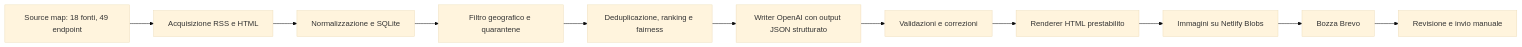
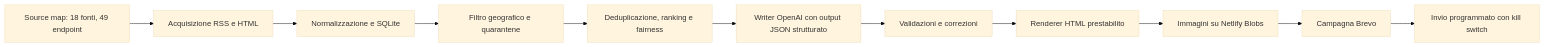
Before and after one commit to adseeker/siracusadaily: the diagram in SIRACUSADAILY_TECHNICAL.md, drawn with Mermaid (base theme). The commit also changed other lines of this file and 15 other files, not shown here.

````diff
--- a/SIRACUSADAILY_TECHNICAL.md
+++ b/SIRACUSADAILY_TECHNICAL.md
@@ -12,13 +12,13 @@
 ```mermaid
 flowchart LR
     A["Source map: 18 fonti, 49 endpoint"] --> B["Acquisizione RSS e HTML"]
     B --> C["Normalizzazione e SQLite"]
     C --> D["Filtro geografico e quarantene"]
     D --> E["Deduplicazione, ranking e fairness"]
     E --> F["Writer OpenAI con output JSON strutturato"]
     F --> G["Validazioni e correzioni"]
     G --> H["Renderer HTML prestabilito"]
     H --> I["Immagini su Netlify Blobs"]
-    I --> J["Bozza Brevo"]
-    J --> K["Revisione e invio manuale"]
+    I --> J["Campagna Brevo"]
+    J --> K["Invio programmato con kill switch"]
 ```
````
